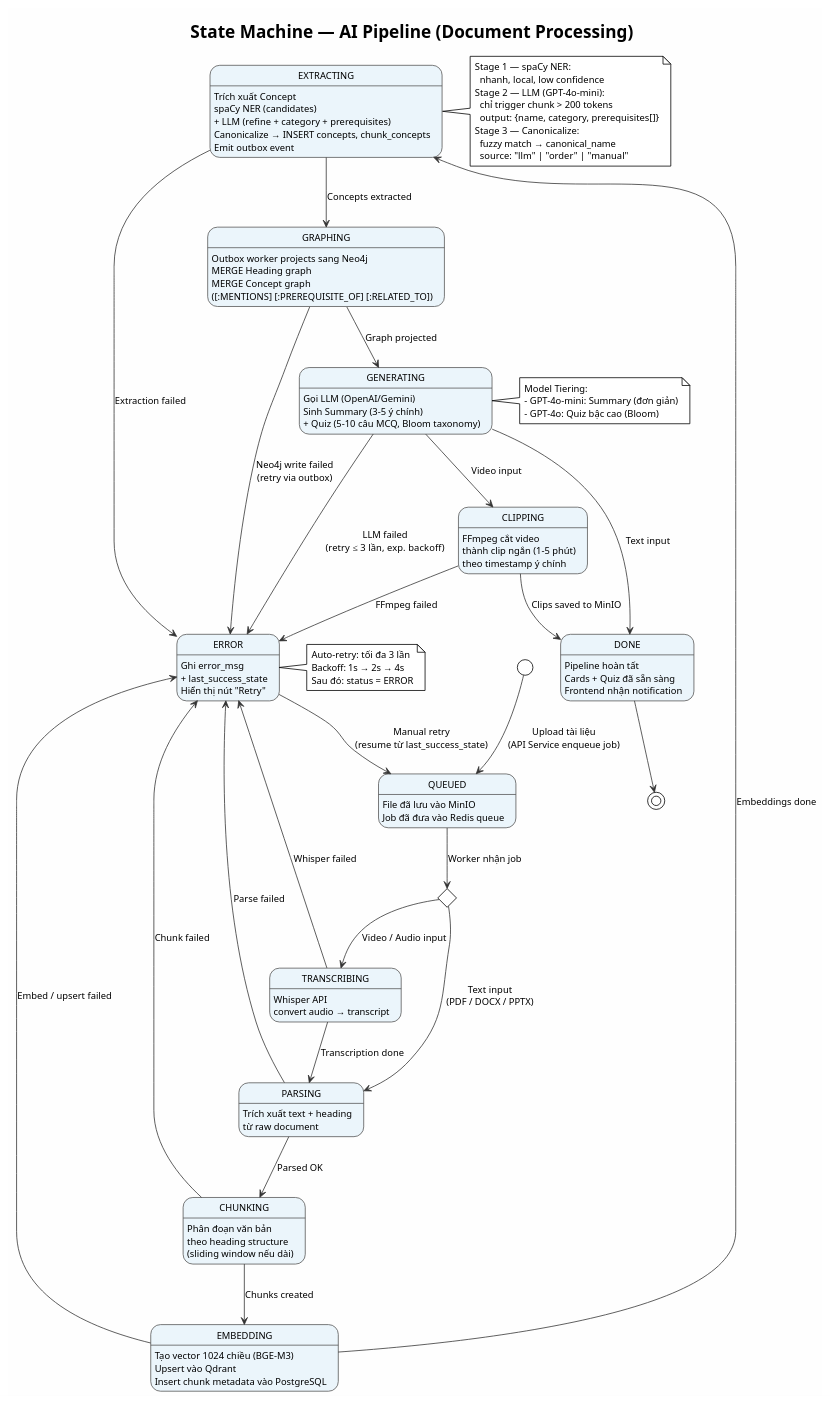
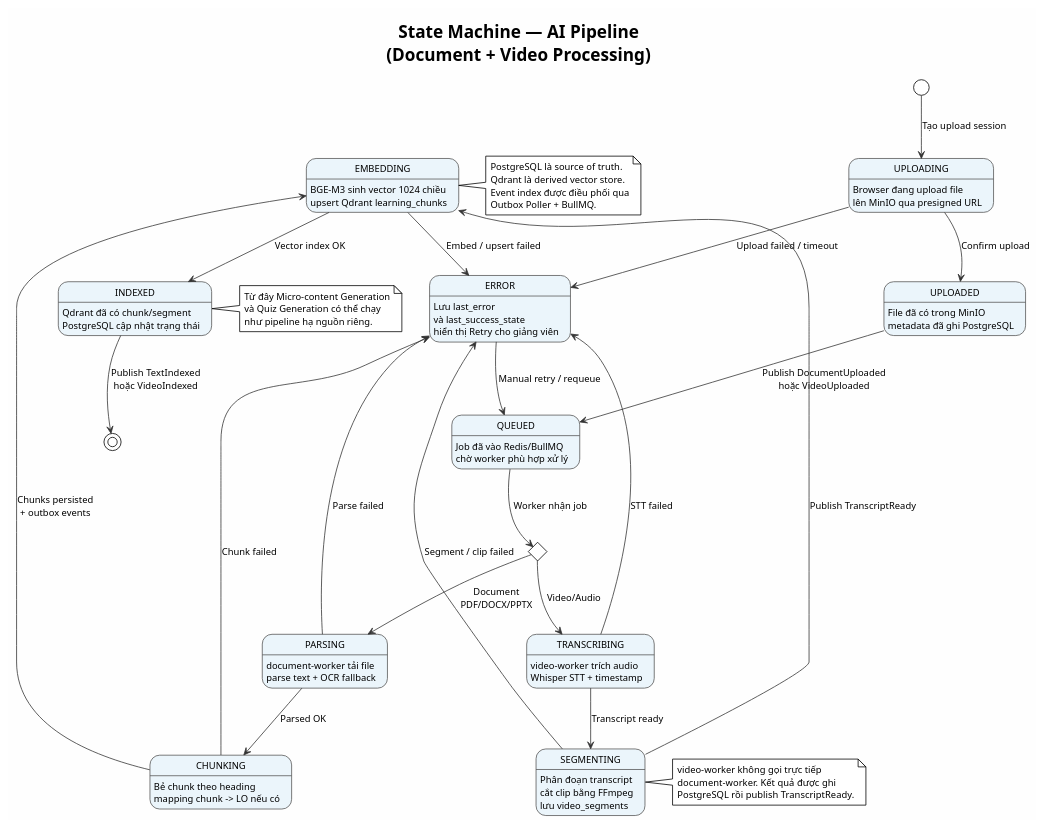
Before and after one commit to 252-DA/report: the diagram in lvtn/diagrams/02_state_machine_pipeline.puml, drawn with PlantUML. The commit also changed 51 other files, not shown here.

First line of the commit message:
Add sequence and activity diagrams for various processes

```diff
--- a/lvtn/diagrams/02_state_machine_pipeline.puml
+++ b/lvtn/diagrams/02_state_machine_pipeline.puml
@@ -1,84 +1,74 @@
 @startuml state_machine_pipeline
 !theme plain
 skinparam backgroundColor #FEFEFE
 skinparam defaultFontName Arial
 skinparam defaultFontSize 12
 skinparam StateBorderColor #555555
 skinparam StateBackgroundColor #EBF5FB
 skinparam ArrowColor #333333
 
-title State Machine — AI Pipeline (Document Processing)
+title State Machine — AI Pipeline\n(Document + Video Processing)
 
-[*] --> QUEUED : Upload tài liệu\n(API Service enqueue job)
+[*] --> UPLOADING : Tạo upload session
 
-state QUEUED : File đã lưu vào MinIO\nJob đã đưa vào Redis queue
+state UPLOADING : Browser đang upload file\nlên MinIO qua presigned URL
+UPLOADING --> UPLOADED : Confirm upload
+UPLOADING --> ERROR : Upload failed / timeout
 
-state fork_input <<choice>>
-QUEUED --> fork_input : Worker nhận job
+state UPLOADED : File đã có trong MinIO\nmetadata đã ghi PostgreSQL
+UPLOADED --> QUEUED : Publish DocumentUploaded\nhoặc VideoUploaded
 
-fork_input --> TRANSCRIBING : Video / Audio input
-fork_input --> PARSING : Text input\n(PDF / DOCX / PPTX)
+state QUEUED : Job đã vào Redis/BullMQ\nchờ worker phù hợp xử lý
 
-state TRANSCRIBING : Whisper API\nconvert audio → transcript
-TRANSCRIBING --> PARSING : Transcription done
-TRANSCRIBING --> ERROR : Whisper failed
+state input_type <<choice>>
+QUEUED --> input_type : Worker nhận job
 
-state PARSING : Trích xuất text + heading\ntừ raw document
+input_type --> PARSING : Document\nPDF/DOCX/PPTX
+input_type --> TRANSCRIBING : Video/Audio
+
+state PARSING : document-worker tải file\nparse text + OCR fallback
 PARSING --> CHUNKING : Parsed OK
 PARSING --> ERROR : Parse failed
 
-state CHUNKING : Phân đoạn văn bản\ntheo heading structure\n(sliding window nếu dài)
-CHUNKING --> EMBEDDING : Chunks created
+state CHUNKING : Bẻ chunk theo heading\nmapping chunk -> LO nếu có
+CHUNKING --> EMBEDDING : Chunks persisted\n+ outbox events
 CHUNKING --> ERROR : Chunk failed
 
-state EMBEDDING : Tạo vector 1024 chiều (BGE-M3)\nUpsert vào Qdrant\nInsert chunk metadata vào PostgreSQL
-EMBEDDING --> EXTRACTING : Embeddings done
+state TRANSCRIBING : video-worker trích audio\nWhisper STT + timestamp
+TRANSCRIBING --> SEGMENTING : Transcript ready
+TRANSCRIBING --> ERROR : STT failed
+
+state SEGMENTING : Phân đoạn transcript\ncắt clip bằng FFmpeg\nlưu video_segments
+SEGMENTING --> EMBEDDING : Publish TranscriptReady
+SEGMENTING --> ERROR : Segment / clip failed
+
+state EMBEDDING : BGE-M3 sinh vector 1024 chiều\nupsert Qdrant learning_chunks
+EMBEDDING --> INDEXED : Vector index OK
 EMBEDDING --> ERROR : Embed / upsert failed
 
-state EXTRACTING : Trích xuất Concept\nspaCy NER (candidates)\n+ LLM (refine + category + prerequisites)\nCanonicalize → INSERT concepts, chunk_concepts\nEmit outbox event
-EXTRACTING --> GRAPHING : Concepts extracted
-EXTRACTING --> ERROR : Extraction failed
+state INDEXED : Qdrant đã có chunk/segment\nPostgreSQL cập nhật trạng thái
+INDEXED --> [*] : Publish TextIndexed\nhoặc VideoIndexed
 
-state GRAPHING : Outbox worker projects sang Neo4j\nMERGE Heading graph\nMERGE Concept graph\n([:MENTIONS] [:PREREQUISITE_OF] [:RELATED_TO])
-GRAPHING --> GENERATING : Graph projected
-GRAPHING --> ERROR : Neo4j write failed\n(retry via outbox)
+state ERROR : Lưu last_error\nvà last_success_state\nhiển thị Retry cho giảng viên
+ERROR --> QUEUED : Manual retry / requeue
 
-state GENERATING : Gọi LLM (OpenAI/Gemini)\nSinh Summary (3–5 ý chính)\n+ Quiz (5–10 câu MCQ, Bloom taxonomy)
-GENERATING --> CLIPPING : Video input
-GENERATING --> DONE : Text input
-GENERATING --> ERROR : LLM failed\n(retry ≤ 3 lần, exp. backoff)
-
-state CLIPPING : FFmpeg cắt video\nthành clip ngắn (1–5 phút)\ntheo timestamp ý chính
-CLIPPING --> DONE : Clips saved to MinIO
-CLIPPING --> ERROR : FFmpeg failed
-
-state DONE : Pipeline hoàn tất\nCards + Quiz đã sẵn sàng\nFrontend nhận notification
-DONE --> [*]
-
-state ERROR : Ghi error_msg\n+ last_success_state\nHiển thị nút "Retry"
-ERROR --> QUEUED : Manual retry\n(resume từ last_success_state)
-
-note right of EXTRACTING
-  Stage 1 — spaCy NER:
-    nhanh, local, low confidence
-  Stage 2 — LLM (GPT-4o-mini):
-    chỉ trigger chunk > 200 tokens
-    output: {name, category, prerequisites[]}
-  Stage 3 — Canonicalize:
-    fuzzy match → canonical_name
-    source: "llm" | "order" | "manual"
+note right of EMBEDDING
+  PostgreSQL là source of truth.
+  Qdrant là derived vector store.
+  Event index được điều phối qua
+  Outbox Poller + BullMQ.
 end note
 
-note right of GENERATING
-  Model Tiering:
-  - GPT-4o-mini: Summary (đơn giản)
-  - GPT-4o: Quiz bậc cao (Bloom)
+note right of SEGMENTING
+  video-worker không gọi trực tiếp
+  document-worker. Kết quả được ghi
+  PostgreSQL rồi publish TranscriptReady.
 end note
 
-note right of ERROR
-  Auto-retry: tối đa 3 lần
-  Backoff: 1s → 2s → 4s
-  Sau đó: status = ERROR
+note right of INDEXED
+  Từ đây Micro-content Generation
+  và Quiz Generation có thể chạy
+  như pipeline hạ nguồn riêng.
 end note
 
 @enduml
```
